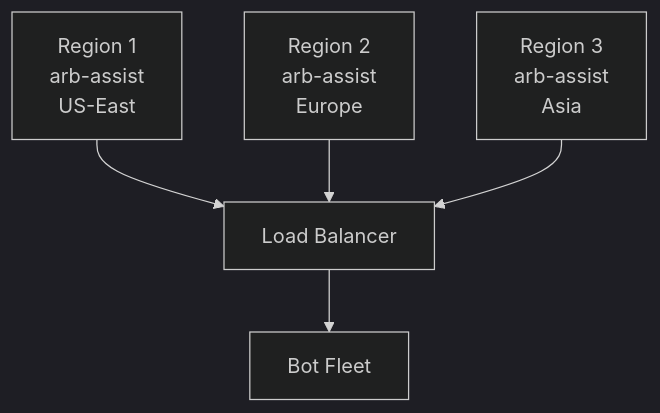
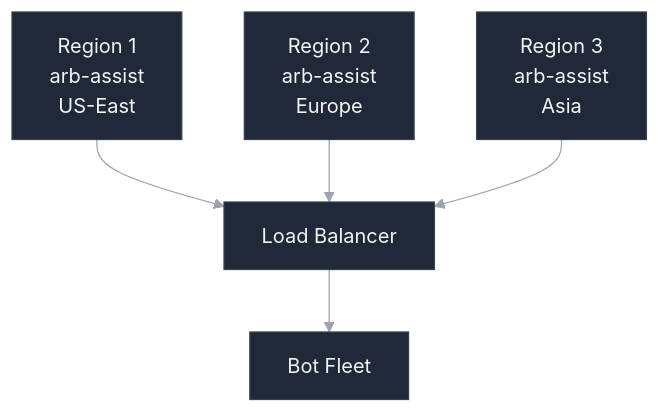
The diagram in docs/advanced-features/performance.md (capicua4454/arb-assist), drawn with Mermaid before and after one commit. The commit also changed 2 other files, not shown here.

Commit message:
Configure Mermaid with transparent background for dark mode
- Used base theme with explicit transparent background (#00000000)
- Set darkMode: true in themeVariables
- Configured dark color scheme using Tailwind gray colors
- This should finally fix the white background issue in dark mode

````diff
--- a/docs/advanced-features/performance.md
+++ b/docs/advanced-features/performance.md
@@ -387,17 +387,29 @@
 ```mermaid
 ---
 config:
-  theme: 'dark'
+  theme: 'base'
+  themeVariables:
+    darkMode: true
+    background: '#00000000'
+    primaryColor: '#1f2937'
+    primaryTextColor: '#f3f4f6'
+    primaryBorderColor: '#374151'
+    lineColor: '#9ca3af'
+    secondaryColor: '#374151'
+    tertiaryColor: '#4b5563'
+    mainBkg: '#1f2937'
+    secondBkg: '#374151'
+    tertiaryBkg: '#4b5563'
 ---
 graph TD
     R1[Region 1<br/>arb-assist<br/>US-East]
     R2[Region 2<br/>arb-assist<br/>Europe]
     R3[Region 3<br/>arb-assist<br/>Asia]
     LB[Load Balancer]
     BF[Bot Fleet]
     
     R1 --> LB
     R2 --> LB
     R3 --> LB
     LB --> BF
 ```
````
